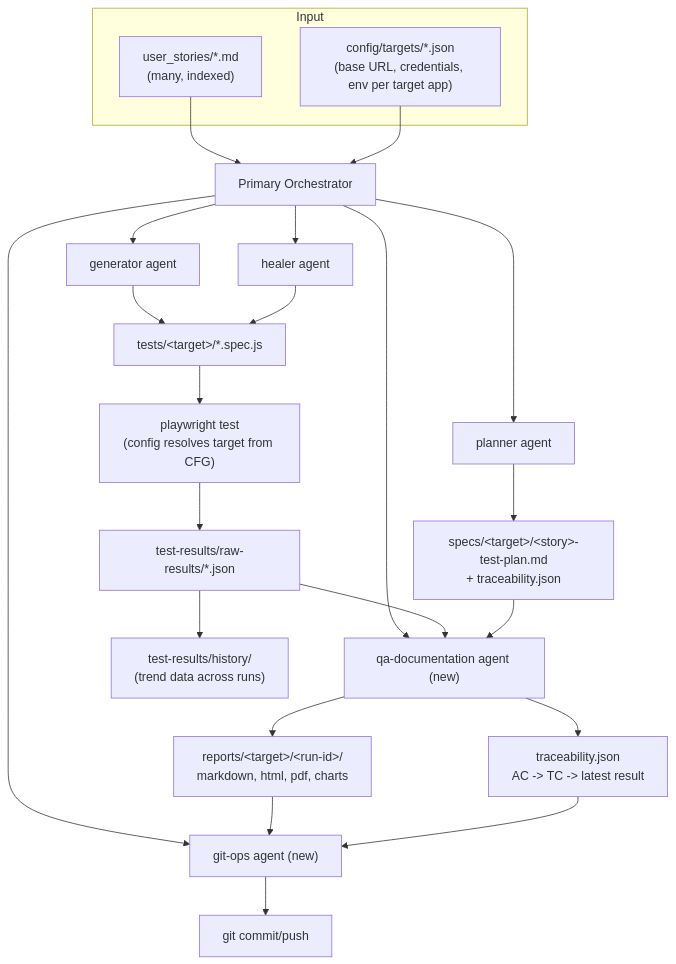
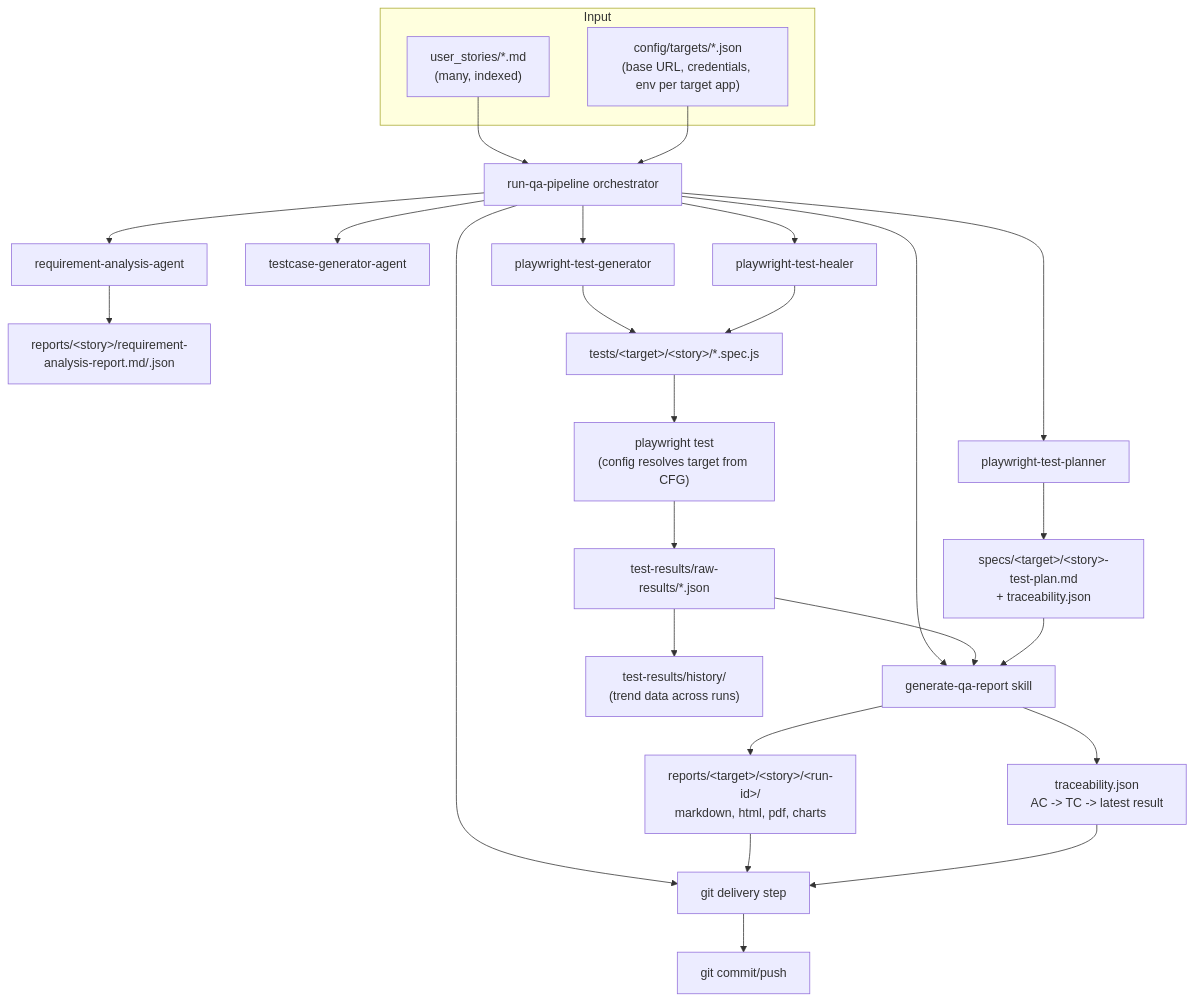
Before and after one commit to SauradeepMukherjee/Play_wright_Demo_App_new: the second of 2 diagrams in ARCHITECTURE.md, drawn with Mermaid. The commit also changed other lines of this file and 14 other files, not shown here.

````diff
--- a/ARCHITECTURE.md
+++ b/ARCHITECTURE.md
@@ -84,33 +112,36 @@
 ```mermaid
 flowchart TD
     subgraph Input
         US["user_stories/*.md\n(many, indexed)"]
         CFG["config/targets/*.json\n(base URL, credentials, env per target app)"]
     end
 
     US --> ORCH
     CFG --> ORCH
 
-    ORCH["Primary Orchestrator"] --> PLANNER["planner agent"]
-    ORCH --> GEN["generator agent"]
-    ORCH --> HEAL["healer agent"]
-    ORCH --> DOC["qa-documentation agent (new)"]
-    ORCH --> GITOPS["git-ops agent (new)"]
+    ORCH["run-qa-pipeline orchestrator"] --> REQ["requirement-analysis-agent"]
+    ORCH --> PLANNER["playwright-test-planner"]
+    ORCH --> TC["testcase-generator-agent"]
+    ORCH --> GEN["playwright-test-generator"]
+    ORCH --> HEAL["playwright-test-healer"]
+    ORCH --> REPORT["generate-qa-report skill"]
+    ORCH --> GITSTEP["git delivery step"]
 
+    REQ --> REQREPORT["reports/&lt;story&gt;/requirement-analysis-report.md/.json"]
     PLANNER --> PLAN["specs/&lt;target&gt;/&lt;story&gt;-test-plan.md\n+ traceability.json"]
-    GEN --> SPEC["tests/&lt;target&gt;/*.spec.js"]
+    GEN --> SPEC["tests/&lt;target&gt;/&lt;story&gt;/*.spec.js"]
     HEAL --> SPEC
     SPEC --> RUNNER["playwright test\n(config resolves target from CFG)"]
     RUNNER --> RAW["test-results/raw-results/*.json"]
 
-    RAW --> DOC
-    PLAN --> DOC
-    DOC --> REPORTS["reports/&lt;target&gt;/&lt;run-id&gt;/\nmarkdown, html, pdf, charts"]
-    DOC --> TRACE["traceability.json\nAC -> TC -> latest result"]
+    RAW --> REPORT
+    PLAN --> REPORT
+    REPORT --> REPORTS["reports/&lt;target&gt;/&lt;story&gt;/&lt;run-id&gt;/\nmarkdown, html, pdf, charts"]
+    REPORT --> TRACE["traceability.json\nAC -> TC -> latest result"]
 
-    REPORTS --> GITOPS
-    TRACE --> GITOPS
-    GITOPS --> REPO["git commit/push"]
+    REPORTS --> GITSTEP
+    TRACE --> GITSTEP
+    GITSTEP --> REPO["git commit/push"]
 
     RAW --> HIST["test-results/history/\n(trend data across runs)"]
 ```
````
